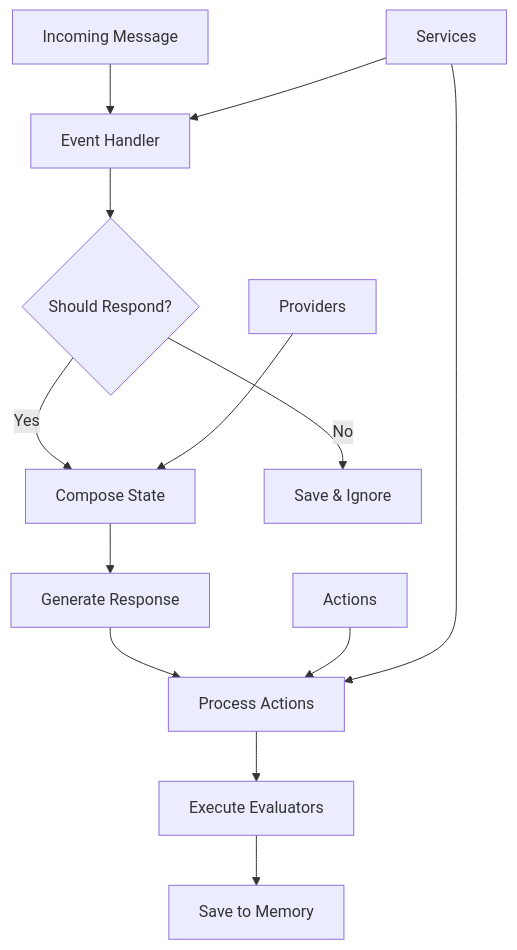
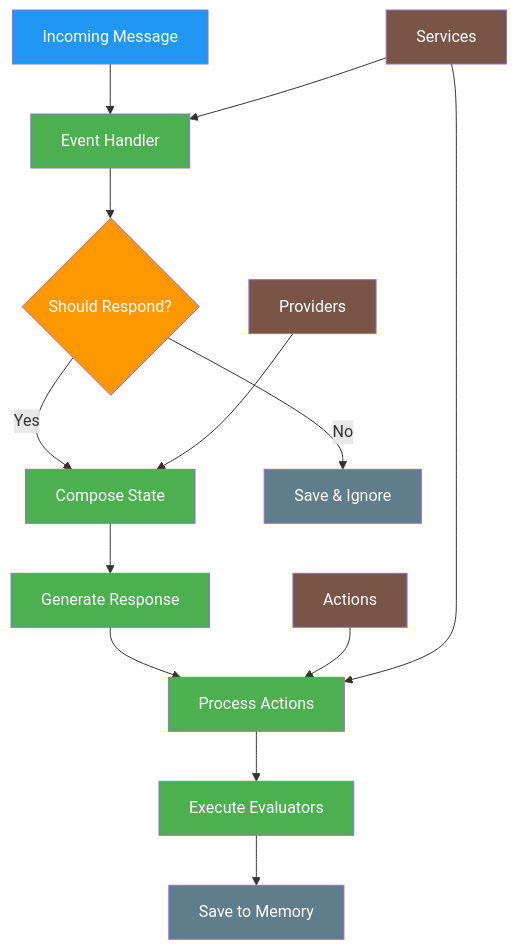
The diagram in plugin-registry/bootstrap/complete-documentation.mdx (elizaOS/docs), drawn with Mermaid before and after one commit. The commit also changed 10 other files, not shown here.

Commit message:
improve mermaids

````diff
--- a/plugin-registry/bootstrap/complete-documentation.mdx
+++ b/plugin-registry/bootstrap/complete-documentation.mdx
@@ -22,16 +22,30 @@
 ```mermaid
-graph TD
+flowchart TD
     A[Incoming Message] --> B[Event Handler]
     B --> C{Should Respond?}
     C -->|Yes| D[Compose State]
     C -->|No| E[Save & Ignore]
     D --> F[Generate Response]
     F --> G[Process Actions]
     G --> H[Execute Evaluators]
     H --> I[Save to Memory]
 
     J[Providers] --> D
     K[Actions] --> G
     L[Services] --> B
     L --> G
+    
+    classDef input fill:#2196f3,color:#fff
+    classDef processing fill:#4caf50,color:#fff
+    classDef decision fill:#ff9800,color:#fff
+    classDef generation fill:#9c27b0,color:#fff
+    classDef storage fill:#607d8b,color:#fff
+    classDef components fill:#795548,color:#fff
+    
+    class A input
+    class B,D,F,G,H processing
+    class C decision
+    class I storage
+    class E storage
+    class J,K,L components
 ```
````
